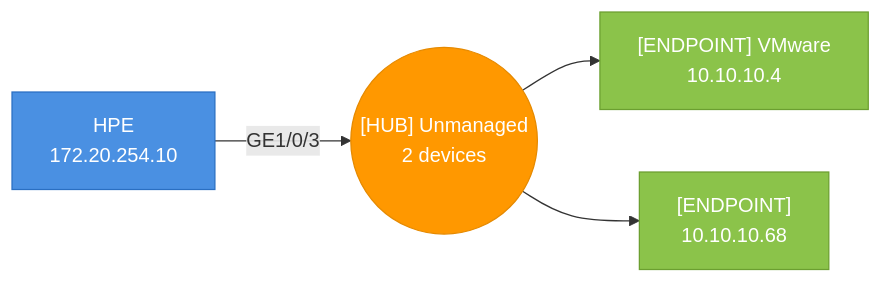
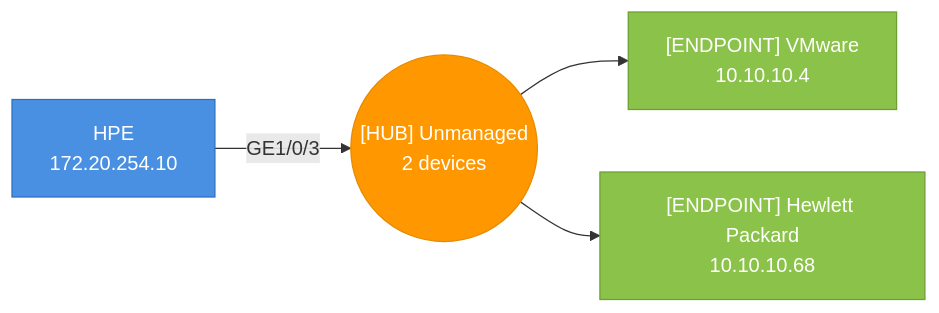
The third of 38 diagrams in testdata/golden/audit_default.md (djamic/LLDP-Skanner-Go), drawn with Mermaid before and after one commit. The commit also changed other lines of this file and 11 other files, not shown here.

````diff
--- a/testdata/golden/audit_default.md
+++ b/testdata/golden/audit_default.md
@@ -1305,14 +1295,14 @@
 ```mermaid
 graph LR
   hub_4caea3277eca_p3(("[HUB] Unmanaged<br>2 devices"))
   4caea3277eca["HPE<br>172.20.254.10"]
   4caea3277eca-- "GE1/0/3" -->hub_4caea3277eca_p3
   style 4caea3277eca fill:#4A90E2,stroke:#2A6FC2,color:#fff
   000c29b745bb["[ENDPOINT] VMware<br>10.10.10.4"]
   hub_4caea3277eca_p3-->000c29b745bb
   style 000c29b745bb fill:#8BC34A,stroke:#6B9F30,color:#fff
-  c4346bb84194["[ENDPOINT]<br>10.10.10.68"]
+  c4346bb84194["[ENDPOINT] Hewlett Packard<br>10.10.10.68"]
   hub_4caea3277eca_p3-->c4346bb84194
   style c4346bb84194 fill:#8BC34A,stroke:#6B9F30,color:#fff
   style hub_4caea3277eca_p3 fill:#FF9800,stroke:#E68A00,color:#fff
 ```
````
